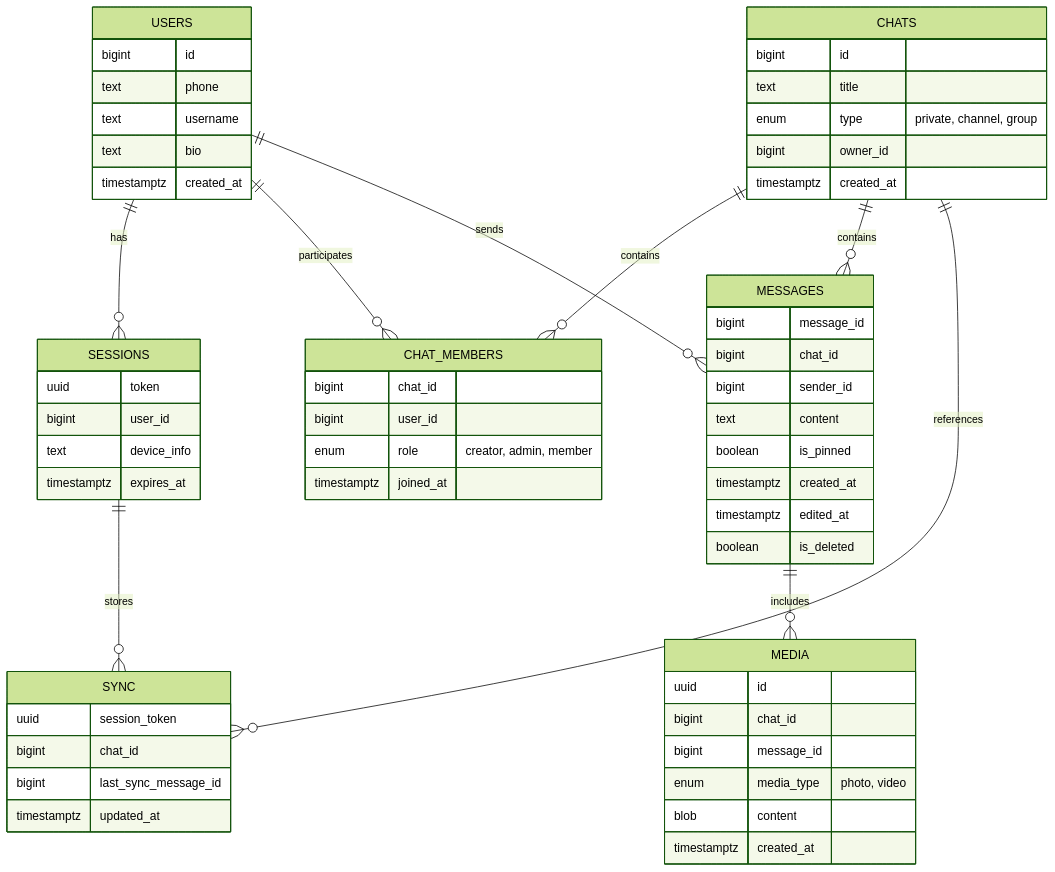
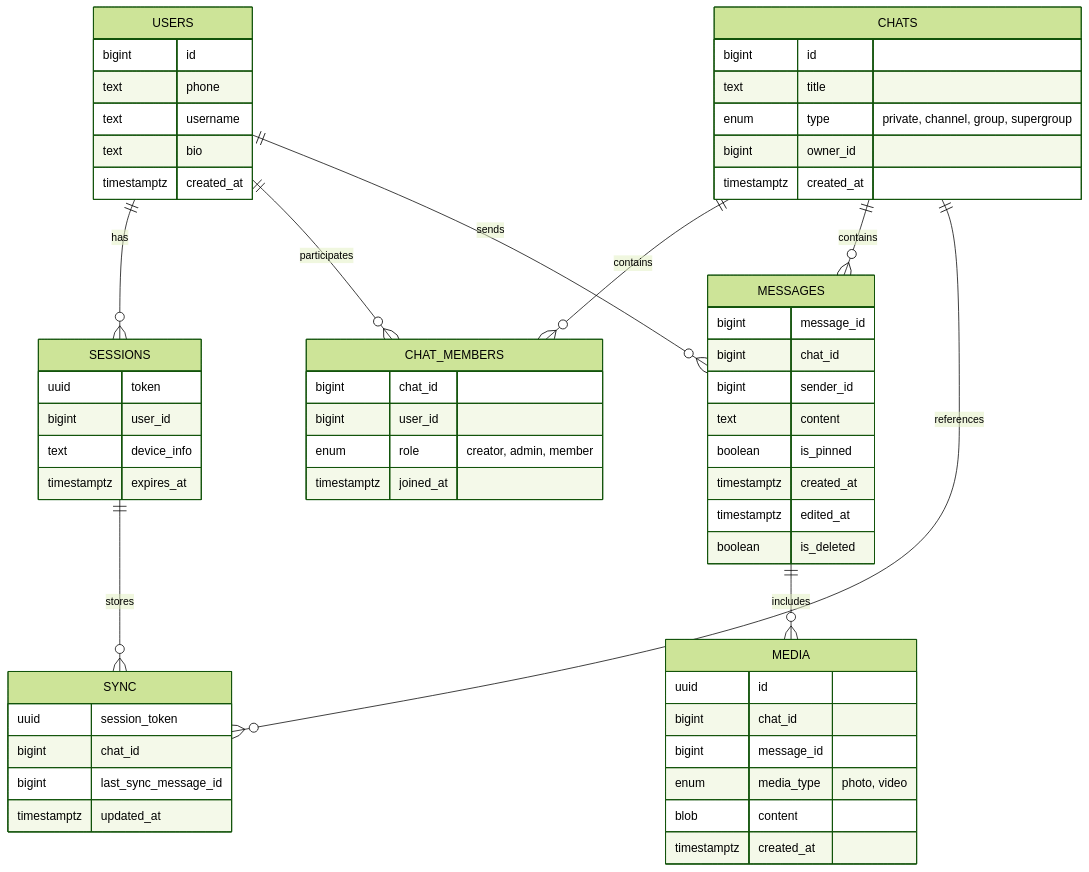
The first of 2 diagrams in README.md (Liza05444/VK_Education_Highload), drawn with Mermaid (forest theme) before and after one commit. The commit also changed other lines of this file, not shown here.

````diff
--- a/README.md
+++ b/README.md
@@ -252,68 +252,68 @@
 ```mermaid
 erDiagram
     USERS {
         bigint id
         text phone
         text username
         text bio
         timestamptz created_at
     }
 
     SESSIONS {
         uuid token
         bigint user_id
         text device_info
         timestamptz expires_at
     }
 
     CHATS {
         bigint id
         text title
-        enum type "private, channel, group"
+        enum type "private, channel, group, supergroup"
         bigint owner_id
         timestamptz created_at
     }
 
     CHAT_MEMBERS {
         bigint chat_id
         bigint user_id
         enum role "creator, admin, member"
         timestamptz joined_at
     }
 
     MESSAGES {
         bigint message_id
         bigint chat_id
         bigint sender_id
         text content
         boolean is_pinned
         timestamptz created_at
         timestamptz edited_at
         boolean is_deleted
     }
 
     SYNC {
         uuid session_token
         bigint chat_id
         bigint last_sync_message_id
         timestamptz updated_at
     }
 
     MEDIA {
         uuid id
         bigint chat_id
         bigint message_id
         enum media_type "photo, video"
         blob content
         timestamptz created_at
     }
 
     USERS ||--o{ SESSIONS : has
     USERS ||--o{ CHAT_MEMBERS : participates
     CHATS ||--o{ CHAT_MEMBERS : contains
     CHATS ||--o{ MESSAGES : contains
     USERS ||--o{ MESSAGES : sends
     MESSAGES ||--o{ MEDIA : includes
     SESSIONS ||--o{ SYNC : stores
     CHATS ||--o{ SYNC : references
 ```
````
